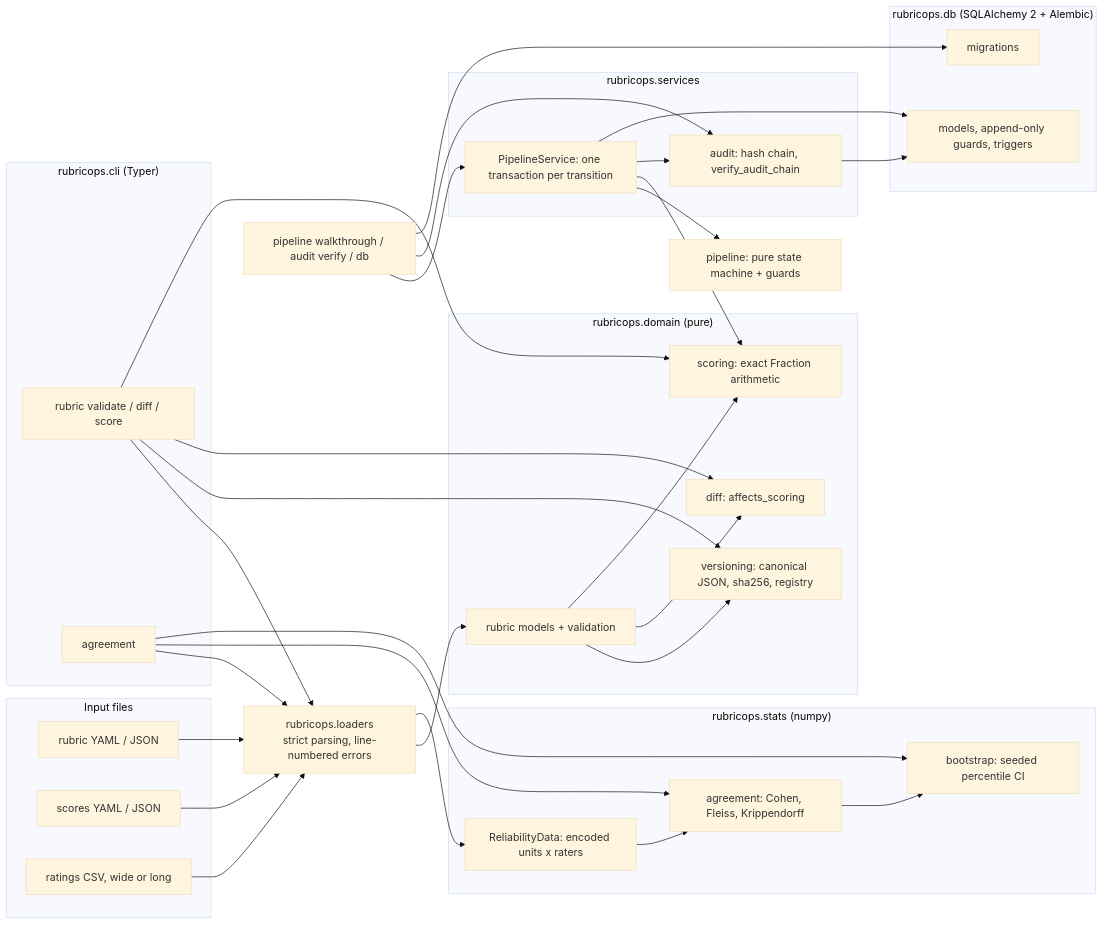
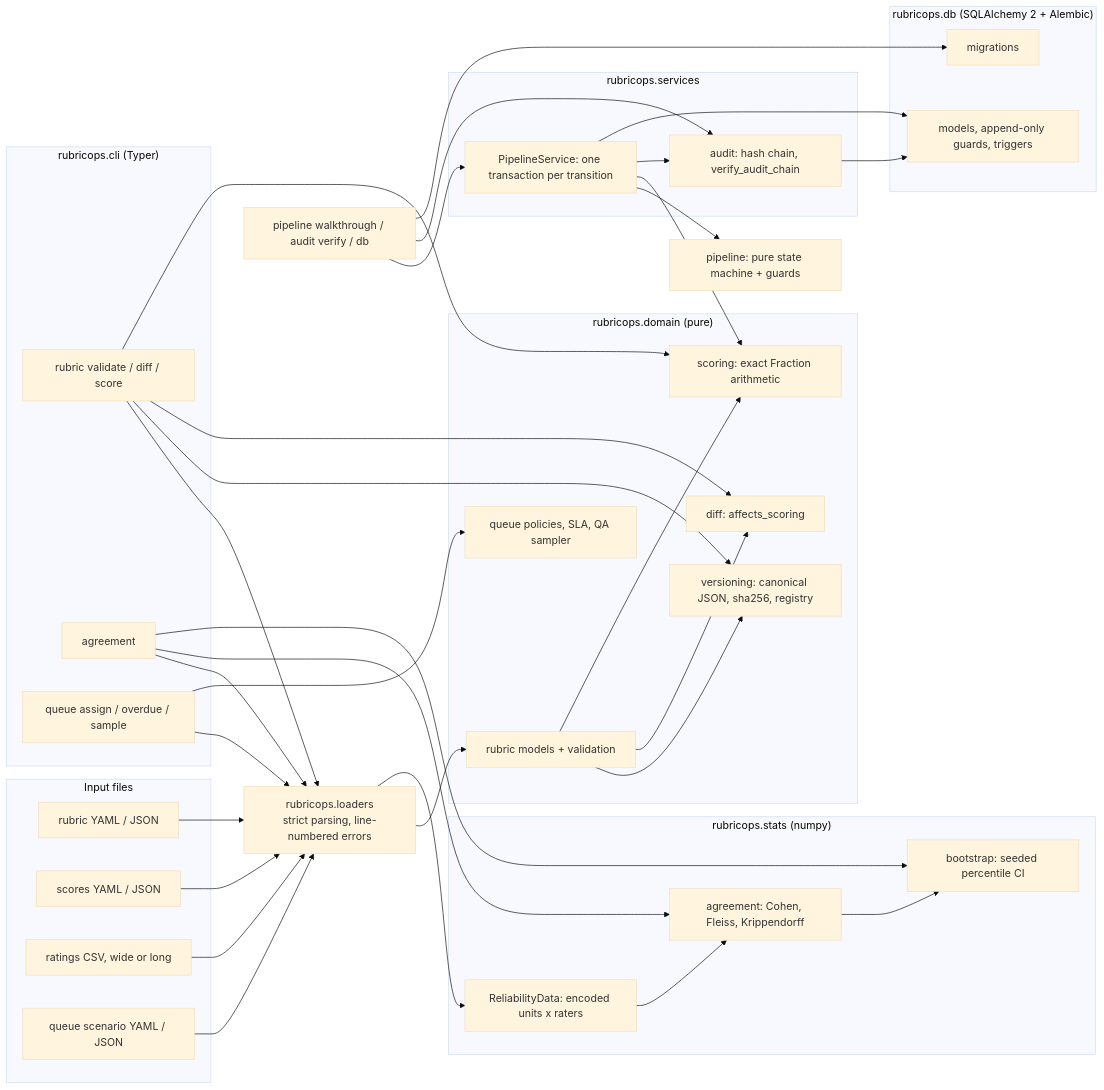
The diagram in README.md (vipul21435/rubricops), drawn with Mermaid (base theme) before and after one commit. The commit also changed other lines of this file and 8 other files, not shown here.

First line of the commit message:
feat(cli): add rubricops queue assign|overdue|sample over scenario files

````diff
--- a/README.md
+++ b/README.md
@@ -233,59 +287,65 @@
 ```mermaid
 flowchart LR
     subgraph files["Input files"]
         RY["rubric YAML / JSON"]
         SY["scores YAML / JSON"]
         RC["ratings CSV, wide or long"]
+        QY["queue scenario YAML / JSON"]
     end
     subgraph cli["rubricops.cli (Typer)"]
         C1["rubric validate / diff / score"]
         C2["agreement"]
+        C4["queue assign / overdue / sample"]
     end
     L["rubricops.loaders<br/>strict parsing, line-numbered errors"]
     subgraph domain["rubricops.domain (pure)"]
         M["rubric models + validation"]
         V["versioning: canonical JSON, sha256, registry"]
         D["diff: affects_scoring"]
         S["scoring: exact Fraction arithmetic"]
+        Q["queue policies, SLA, QA sampler"]
     end
     subgraph stats["rubricops.stats (numpy)"]
         RD["ReliabilityData: encoded units x raters"]
         AG["agreement: Cohen, Fleiss, Krippendorff"]
         BS["bootstrap: seeded percentile CI"]
     end
     subgraph services["rubricops.services"]
         PS["PipelineService: one transaction per transition"]
         AU["audit: hash chain, verify_audit_chain"]
     end
     subgraph db["rubricops.db (SQLAlchemy 2 + Alembic)"]
         MO["models, append-only guards, triggers"]
         MG["migrations"]
     end
     C3["pipeline walkthrough / audit verify / db"]
     P["pipeline: pure state machine + guards"]
     RY --> L
     SY --> L
     RC --> L
+    QY --> L
+    C4 --> L
+    C4 --> Q
     C1 --> L
     C2 --> L
     L --> M
     M --> V
     M --> D
     M --> S
     L --> RD
     RD --> AG
     AG --> BS
     C1 --> V
     C1 --> D
     C1 --> S
     C2 --> AG
     C2 --> BS
     C3 --> PS
     C3 --> AU
     C3 --> MG
     PS --> P
     PS --> S
     PS --> AU
     PS --> MO
     AU --> MO
 ```
````
